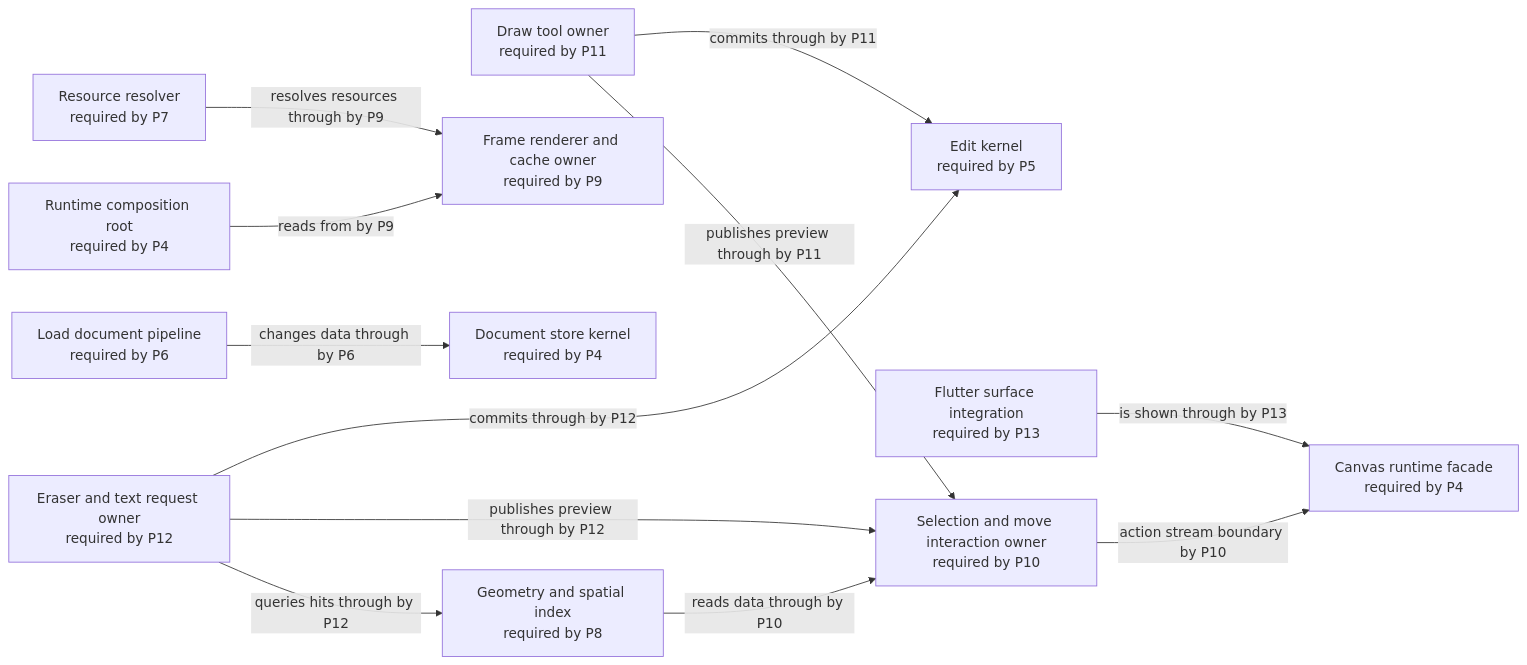
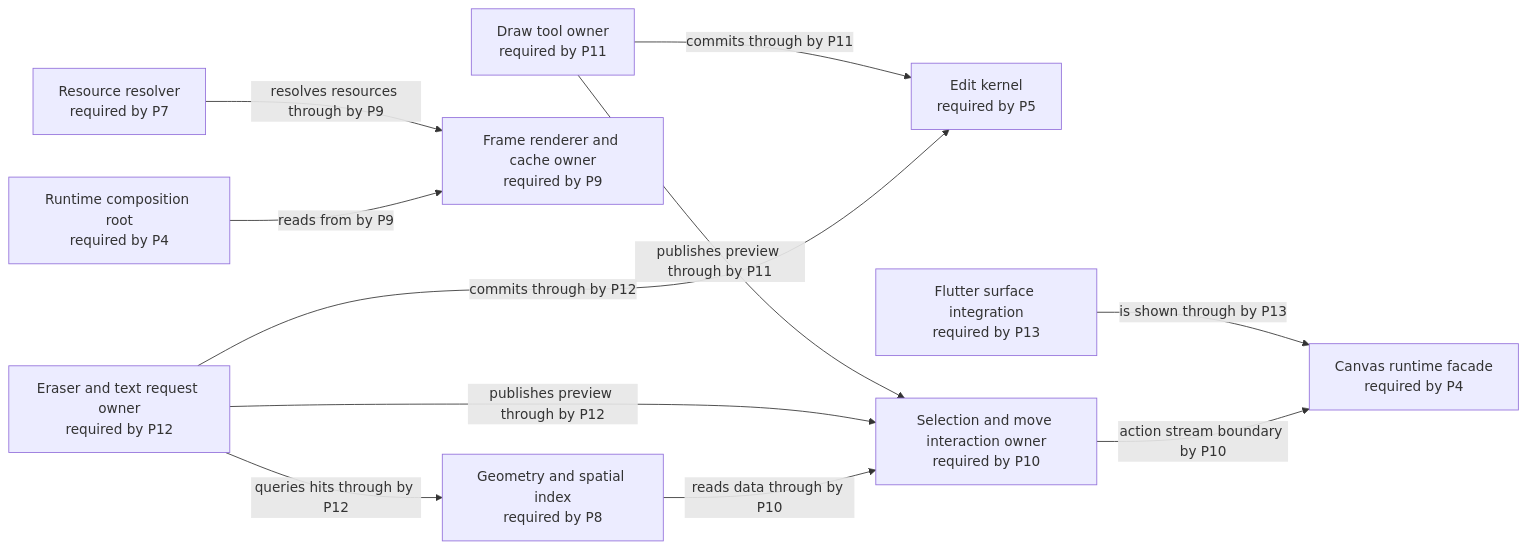
One commit to GreatPika/iwb_canvas_engine changed the diagram in docs/diagrams/generated/future_target.mmd. Above: the diagram before and after it, drawn with Mermaid. The commit also changed 9 other files, not shown here.

First line of the commit message:
docs: select p6 generated architecture views

```diff
--- a/docs/diagrams/generated/future_target.mmd
+++ b/docs/diagrams/generated/future_target.mmd
@@ -1,28 +1,25 @@
 %% GENERATED FILE. Do not edit by hand.
 %% Source: docs/architecture/architecture_graph.yaml
 %% View: Future target architecture graph
-%% Selected phase: P5
+%% Selected phase: P6
 flowchart LR
   api_canvas_runtime["Canvas runtime facade<br/>required by P4"]
   draw_tools["Draw tool owner<br/>required by P11"]
   edit_kernel["Edit kernel<br/>required by P5"]
   eraser_text_request["Eraser and text request owner<br/>required by P12"]
   flutter_surface["Flutter surface integration<br/>required by P13"]
   frame_renderer["Frame renderer and cache owner<br/>required by P9"]
   geometry_spatial_index["Geometry and spatial index<br/>required by P8"]
   interaction_selection_move["Selection and move interaction owner<br/>required by P10"]
-  load_document_pipeline["Load document pipeline<br/>required by P6"]
   resource_resolver["Resource resolver<br/>required by P7"]
   runtime_root["Runtime composition root<br/>required by P4"]
-  store_document_kernel["Document store kernel<br/>required by P4"]
   draw_tools -->|commits through by P11| edit_kernel
   draw_tools -->|publishes preview through by P11| interaction_selection_move
   eraser_text_request -->|commits through by P12| edit_kernel
   eraser_text_request -->|publishes preview through by P12| interaction_selection_move
   eraser_text_request -->|queries hits through by P12| geometry_spatial_index
   flutter_surface -->|is shown through by P13| api_canvas_runtime
   geometry_spatial_index -->|reads data through by P10| interaction_selection_move
   interaction_selection_move -->|action stream boundary by P10| api_canvas_runtime
-  load_document_pipeline -->|changes data through by P6| store_document_kernel
   resource_resolver -->|resolves resources through by P9| frame_renderer
   runtime_root -->|reads from by P9| frame_renderer
```
